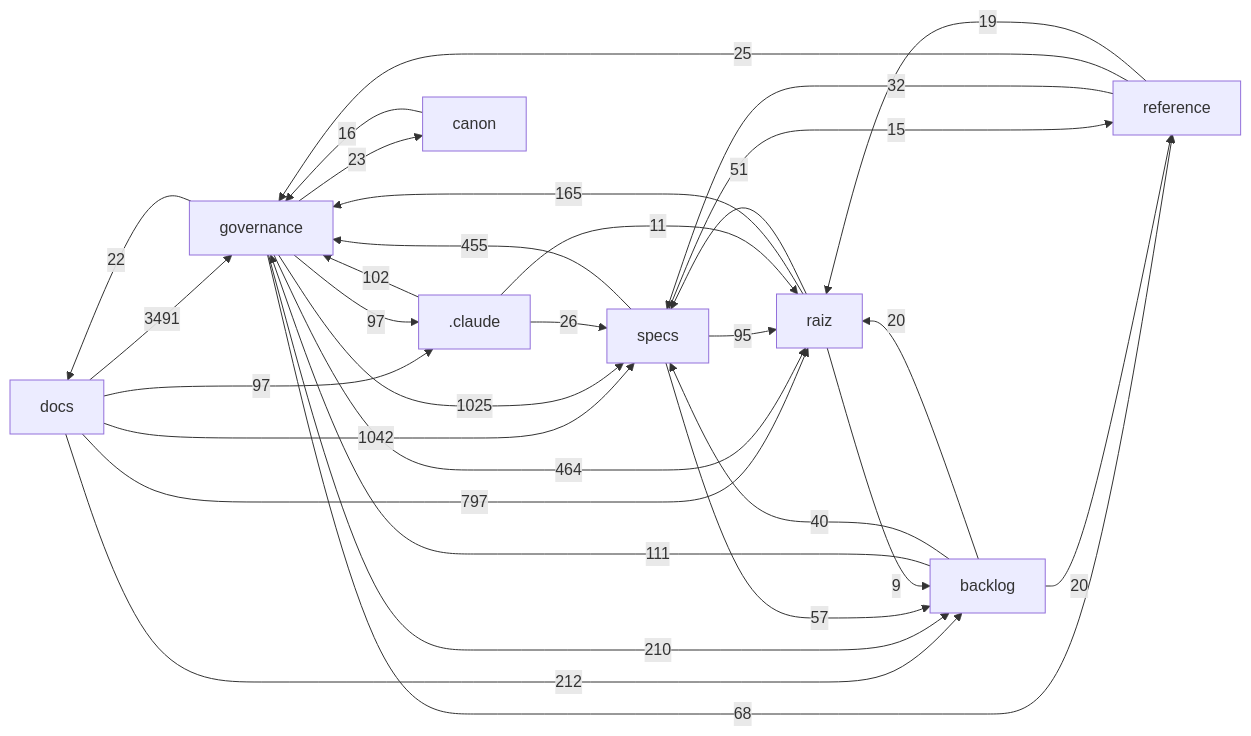
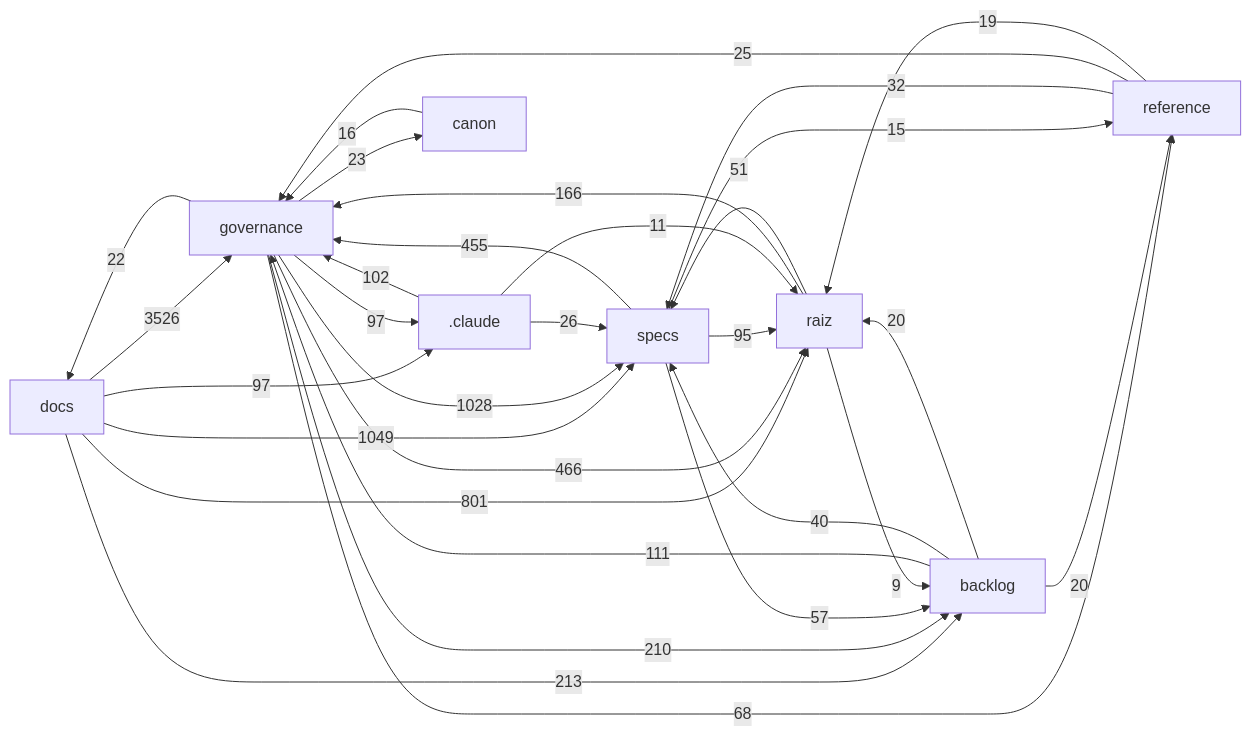
One commit to Andraus35/Sistema-Operacional-de-Trading--SOT changed the diagram in docs/mapa/MAPA-PROJETO.md. Above: the diagram before and after it, drawn with Mermaid. The commit also changed other lines of this file and 8 other files, not shown here.

````diff
--- a/docs/mapa/MAPA-PROJETO.md
+++ b/docs/mapa/MAPA-PROJETO.md
@@ -29,33 +29,33 @@
 ```mermaid
 flowchart LR
-  docs["docs"] -->|3491| governance["governance"]
-  docs["docs"] -->|1042| specs["specs"]
-  governance["governance"] -->|1025| specs["specs"]
-  docs["docs"] -->|797| raiz["raiz"]
-  governance["governance"] -->|464| raiz["raiz"]
+  docs["docs"] -->|3526| governance["governance"]
+  docs["docs"] -->|1049| specs["specs"]
+  governance["governance"] -->|1028| specs["specs"]
+  docs["docs"] -->|801| raiz["raiz"]
+  governance["governance"] -->|466| raiz["raiz"]
   specs["specs"] -->|455| governance["governance"]
-  docs["docs"] -->|212| backlog["backlog"]
+  docs["docs"] -->|213| backlog["backlog"]
   governance["governance"] -->|210| backlog["backlog"]
-  raiz["raiz"] -->|165| governance["governance"]
+  raiz["raiz"] -->|166| governance["governance"]
   backlog["backlog"] -->|111| governance["governance"]
   _claude[".claude"] -->|102| governance["governance"]
   docs["docs"] -->|97| _claude[".claude"]
   governance["governance"] -->|97| _claude[".claude"]
   specs["specs"] -->|95| raiz["raiz"]
   governance["governance"] -->|68| reference["reference"]
   specs["specs"] -->|57| backlog["backlog"]
   raiz["raiz"] -->|51| specs["specs"]
   backlog["backlog"] -->|40| specs["specs"]
   reference["reference"] -->|32| specs["specs"]
   _claude[".claude"] -->|26| specs["specs"]
   reference["reference"] -->|25| governance["governance"]
   governance["governance"] -->|23| canon["canon"]
   governance["governance"] -->|22| docs["docs"]
   backlog["backlog"] -->|20| raiz["raiz"]
   backlog["backlog"] -->|20| reference["reference"]
   reference["reference"] -->|19| raiz["raiz"]
   canon["canon"] -->|16| governance["governance"]
   specs["specs"] -->|15| reference["reference"]
   _claude[".claude"] -->|11| raiz["raiz"]
   raiz["raiz"] -->|9| backlog["backlog"]
 ```
````
